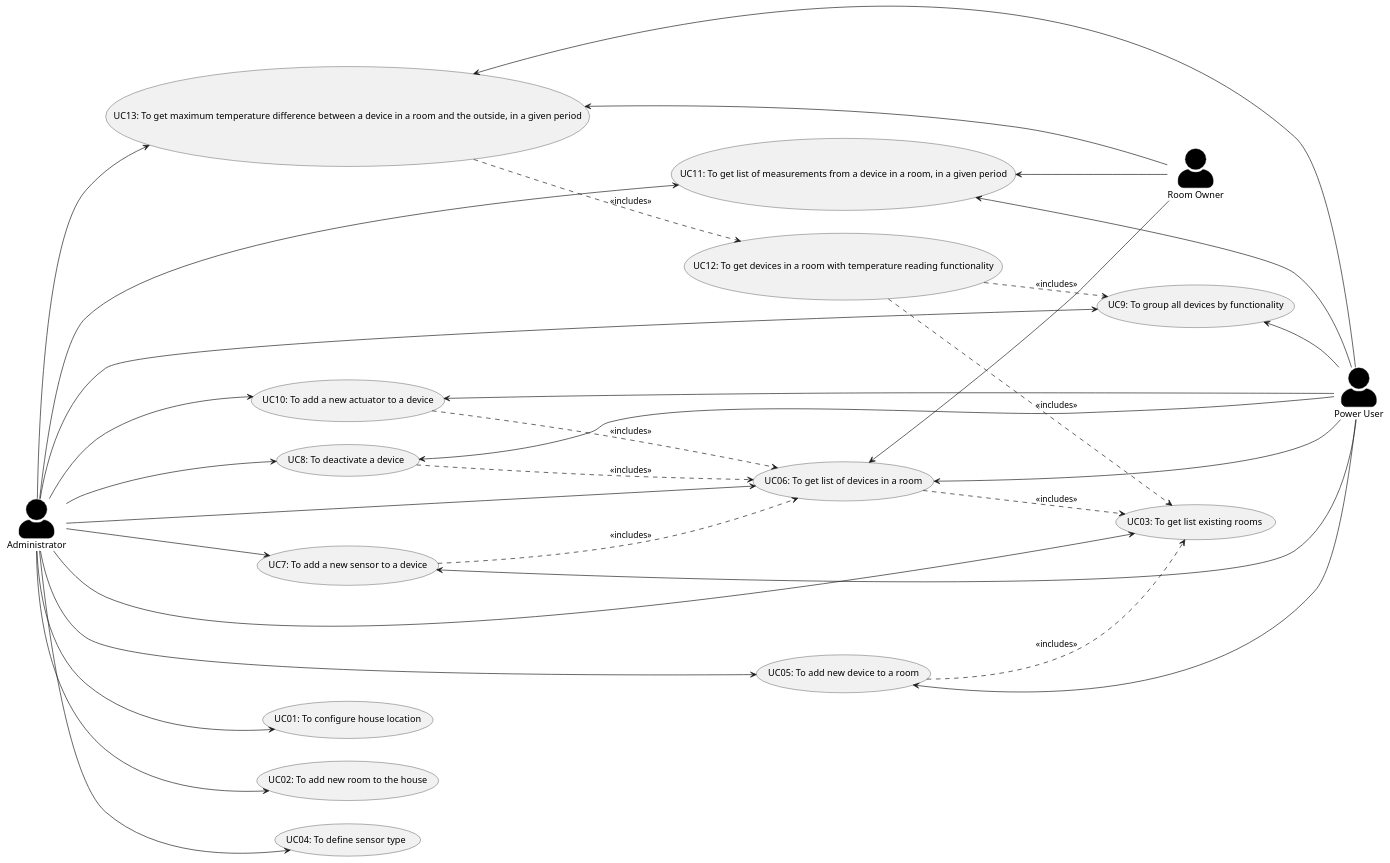
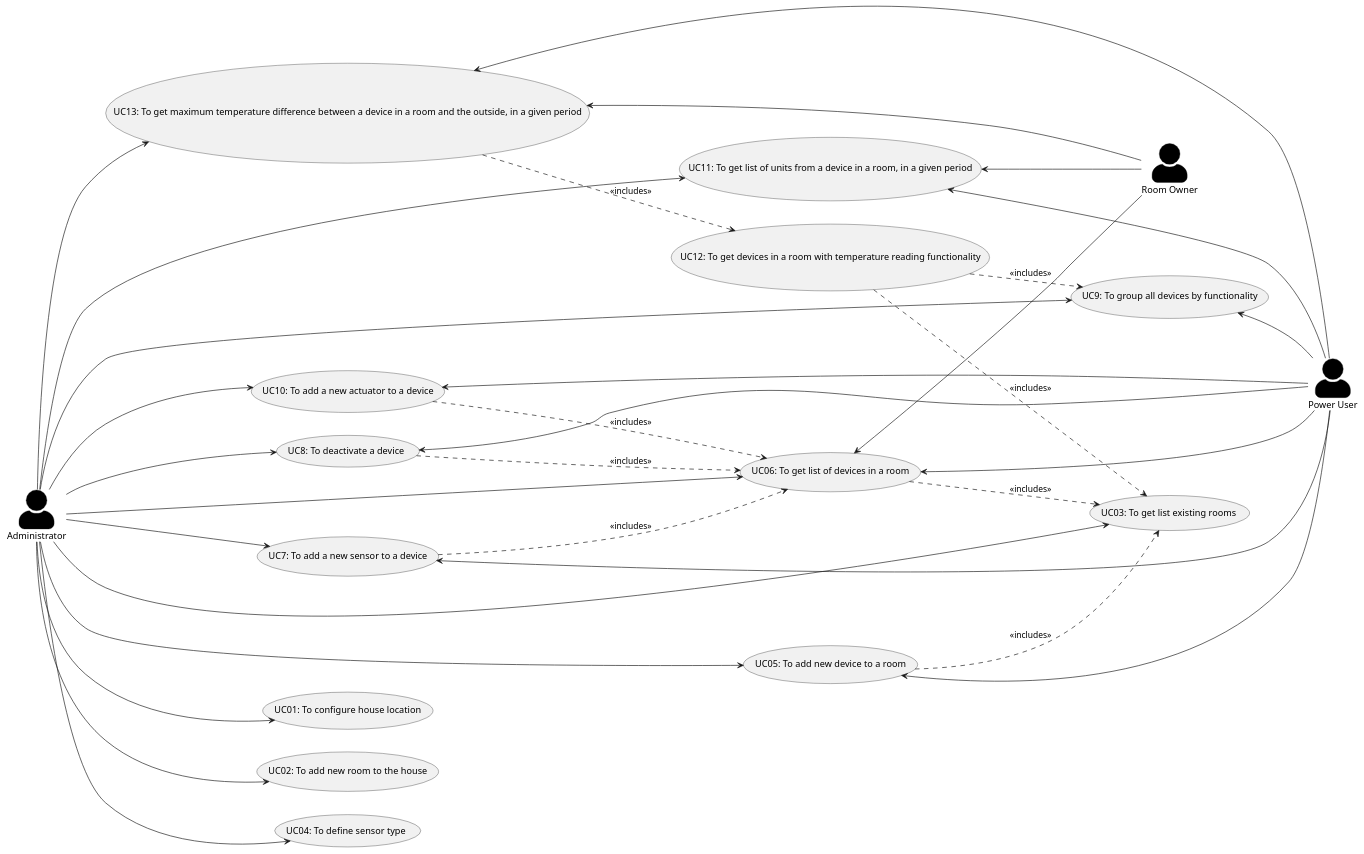
Before and after one commit to olivDiogo/SmartHome: the diagram in docs/ooa/3.useCaseDiagram/useCaseDiagram.puml, drawn with PlantUML. The commit also changed 42 other files, not shown here.

```diff
--- a/docs/ooa/3.useCaseDiagram/useCaseDiagram.puml
+++ b/docs/ooa/3.useCaseDiagram/useCaseDiagram.puml
@@ -1,62 +1,62 @@
 @startuml
 'https://plantuml.com/use-case-diagram
 left to right direction
 skinparam actorStyle awesome
 skinparam ActorBackgroundColor black
 
 :Administrator: as Admin
 :Power User: as Power_User
 :Room Owner: as Room_Owner
 
 (UC01: To configure house location) as (Use1)
 (UC02: To add new room to the house) as (Use2)
 (UC03: To get list existing rooms) as (Use3)
 (UC04: To define sensor type) as (Use4)
 (UC05: To add new device to a room) as (Use5)
 (UC06: To get list of devices in a room) as (Use6)
 (UC7: To add a new sensor to a device) as (Use7)
 (UC8: To deactivate a device) as (Use8)
 (UC9: To group all devices by functionality) as (Use9)
 (UC10: To add a new actuator to a device) as (Use10)
-(UC11: To get list of measurements from a device in a room, in a given period) as (Use11)
+(UC11: To get list of units from a device in a room, in a given period) as (Use11)
 (UC12: To get devices in a room with temperature reading functionality) as (Use12)
 (UC13: To get maximum temperature difference between a device in a room and the outside, in a given period) as (Use13)
 
 Admin --> (Use1)
 Admin --> (Use2)
 Admin --> (Use3)
 Admin --> (Use4)
 Admin --> (Use5)
 Admin --> (Use6)
 Admin --> (Use7)
 Admin --> (Use8)
 Admin --> (Use9)
 Admin --> (Use10)
 Admin --> (Use11)
 Admin --> (Use13)
 
 Power_User -up-> (Use5)
 Power_User -up-> (Use6)
 Power_User -up-> (Use7)
 Power_User -up-> (Use8)
 Power_User -up-> (Use9)
 Power_User -up-> (Use10)
 Power_User -up-> (Use11)
 Power_User -up-> (Use13)
 
 Room_Owner -up-> (Use6)
 Room_Owner -up-> (Use11)
 Room_Owner -up-> (Use13)
 
 (Use6) ..> (Use3): <<includes>>
 (Use5) ..> (Use3): <<includes>>
 (Use7) ..> (Use6): <<includes>>
 (Use8) ..> (Use6): <<includes>>
 (Use10) ..> (Use6): <<includes>>
 (Use12)..> (Use3): <<includes>>
 (Use12)..> (Use9): <<includes>>
 (Use13)..> (Use12): <<includes>>
 
 
 
 @enduml
```
